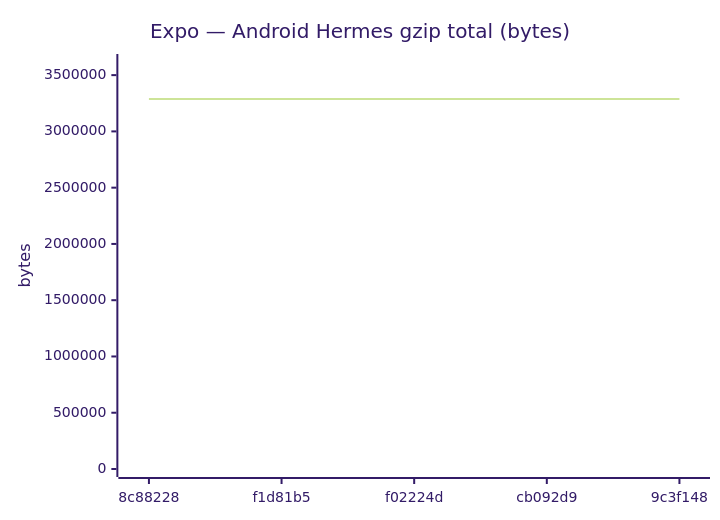
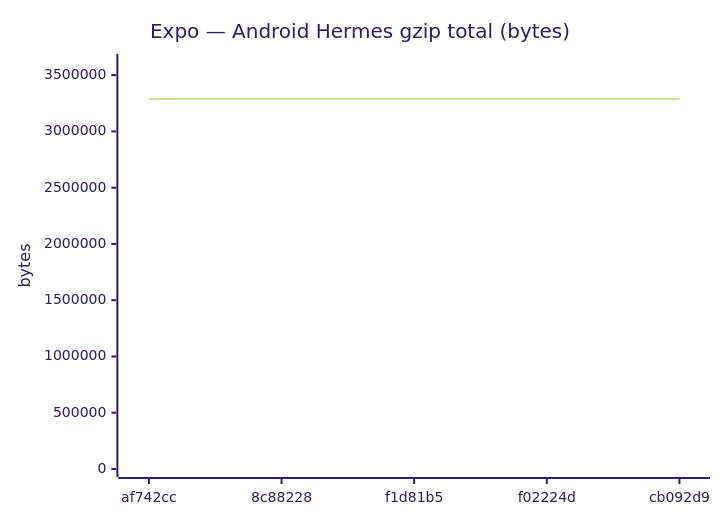
Diagram 11 of 18 in benchmarks/compare.md (Metaheurist/Rianell), drawn with Mermaid (forest theme) before and after one commit. The commit also changed other lines of this file and 12 other files, not shown here.

````diff
--- a/benchmarks/compare.md
+++ b/benchmarks/compare.md
@@ -172,7 +172,7 @@
 ```mermaid
 xychart-beta
     title "Expo — Android Hermes gzip total (bytes)"
-    x-axis ["8c88228", "f1d81b5", "f02224d", "cb092d9", "9c3f148"]
+    x-axis ["af742cc", "8c88228", "f1d81b5", "f02224d", "cb092d9"]
     y-axis "bytes" 0 --> 3616656
-    line [3287869, 3287424, 3287426, 3287424, 3287424]
+    line [3287424, 3287869, 3287424, 3287426, 3287424]
 ```
````
